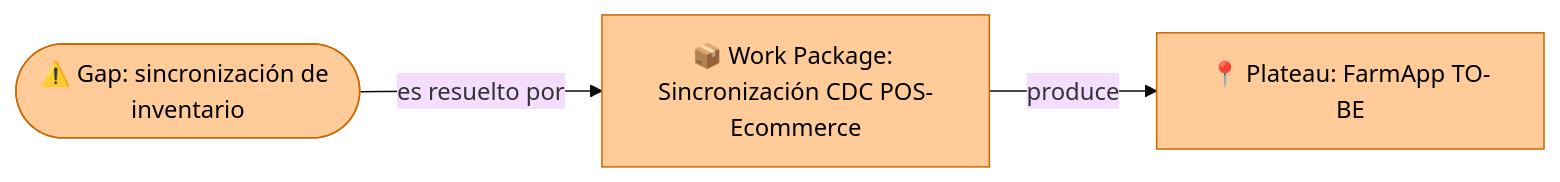
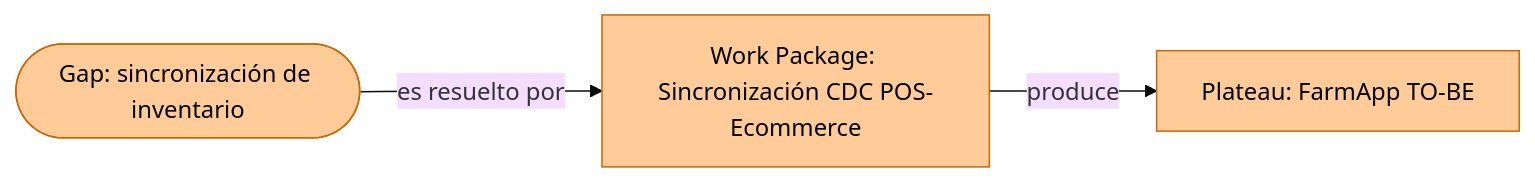
The second of 2 diagrams in clase/guia_paso_a_paso_presentacion.md (CesarAVegaF312/AREM-Taller_9_Presentacion_Final), drawn with Mermaid (base theme) before and after one commit. The commit also changed other lines of this file and 6 other files, not shown here.

````diff
--- a/clase/guia_paso_a_paso_presentacion.md
+++ b/clase/guia_paso_a_paso_presentacion.md
@@ -280,12 +280,12 @@
 ```mermaid
 flowchart LR
-    gap(["⚠️ Gap: sincronización de inventario"])
-    wp["📦 Work Package: Sincronización CDC POS-Ecommerce"]
-    tobe["📍 Plateau: FarmApp TO-BE"]
+    gap(["Gap: sincronización de inventario"])
+    wp["Work Package: Sincronización CDC POS-Ecommerce"]
+    tobe["Plateau: FarmApp TO-BE"]
 
     gap -->|"es resuelto por"| wp
     wp -->|"produce"| tobe
 
     classDef migracion fill:#ffcc99,color:#000,stroke:#cc6600;
     class gap,wp,tobe migracion
 ```
````
